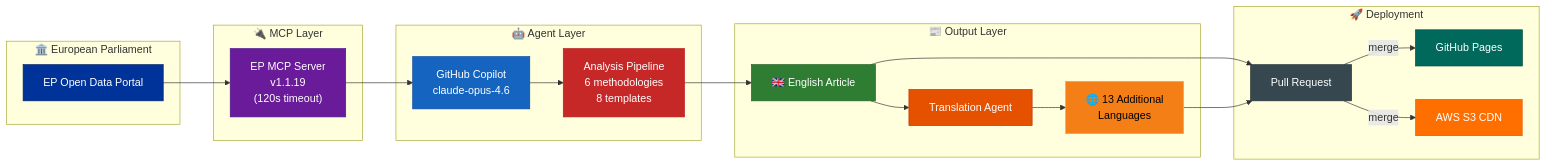
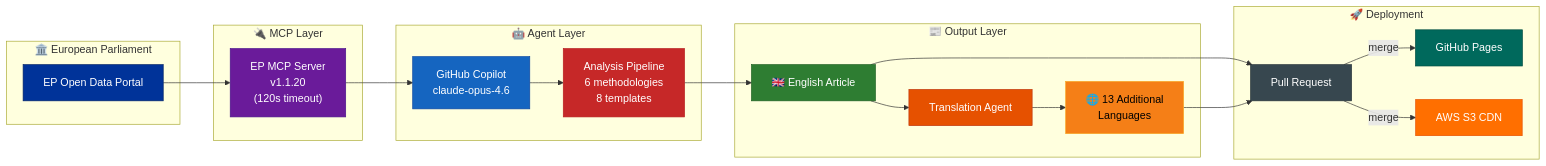
Before and after one commit to Hack23/euparliamentmonitor: diagram 21 of 21 in docs/api/media/WORKFLOWS.md, drawn with Mermaid. The commit also changed other lines of this file and 24 other files, not shown here.

First line of the commit message:
chore: update european-parliament-mcp-server from 1.1.19 to 1.1.20 across all workflows and docs

````diff
--- a/docs/api/media/WORKFLOWS.md
+++ b/docs/api/media/WORKFLOWS.md
@@ -1746,42 +1746,42 @@
 ```mermaid
 flowchart LR
     subgraph "🏛️ European Parliament"
         EP["EP Open Data Portal"]
     end
 
     subgraph "🔌 MCP Layer"
-        MCP["EP MCP Server<br/>v1.1.19<br/>(120s timeout)"]
+        MCP["EP MCP Server<br/>v1.1.20<br/>(120s timeout)"]
     end
 
     subgraph "🤖 Agent Layer"
         Agent["GitHub Copilot<br/>claude-opus-4.6"]
         Analyze["Analysis Pipeline<br/>6 methodologies<br/>8 templates"]
     end
 
     subgraph "📰 Output Layer"
         EN["🇬🇧 English Article"]
         Translate["Translation Agent"]
         Multi["🌐 13 Additional<br/>Languages"]
     end
 
     subgraph "🚀 Deployment"
         PR["Pull Request"]
         Pages["GitHub Pages"]
         S3["AWS S3 CDN"]
     end
 
     EP --> MCP --> Agent --> Analyze --> EN --> PR
     EN --> Translate --> Multi --> PR
     PR --> |"merge"| Pages & S3
 
     style EP fill:#003399,stroke:#002266,color:#FFFFFF
     style MCP fill:#6A1B9A,stroke:#4A148C,color:#FFFFFF
     style Agent fill:#1565C0,stroke:#0D47A1,color:#FFFFFF
     style Analyze fill:#C62828,stroke:#B71C1C,color:#FFFFFF
     style EN fill:#2E7D32,stroke:#1B5E20,color:#FFFFFF
     style Translate fill:#E65100,stroke:#BF360C,color:#FFFFFF
     style Multi fill:#F57F17,stroke:#F9A825,color:#000000
     style PR fill:#37474F,stroke:#263238,color:#FFFFFF
     style Pages fill:#00695C,stroke:#004D40,color:#FFFFFF
     style S3 fill:#FF6F00,stroke:#E65100,color:#FFFFFF
 ```
````
